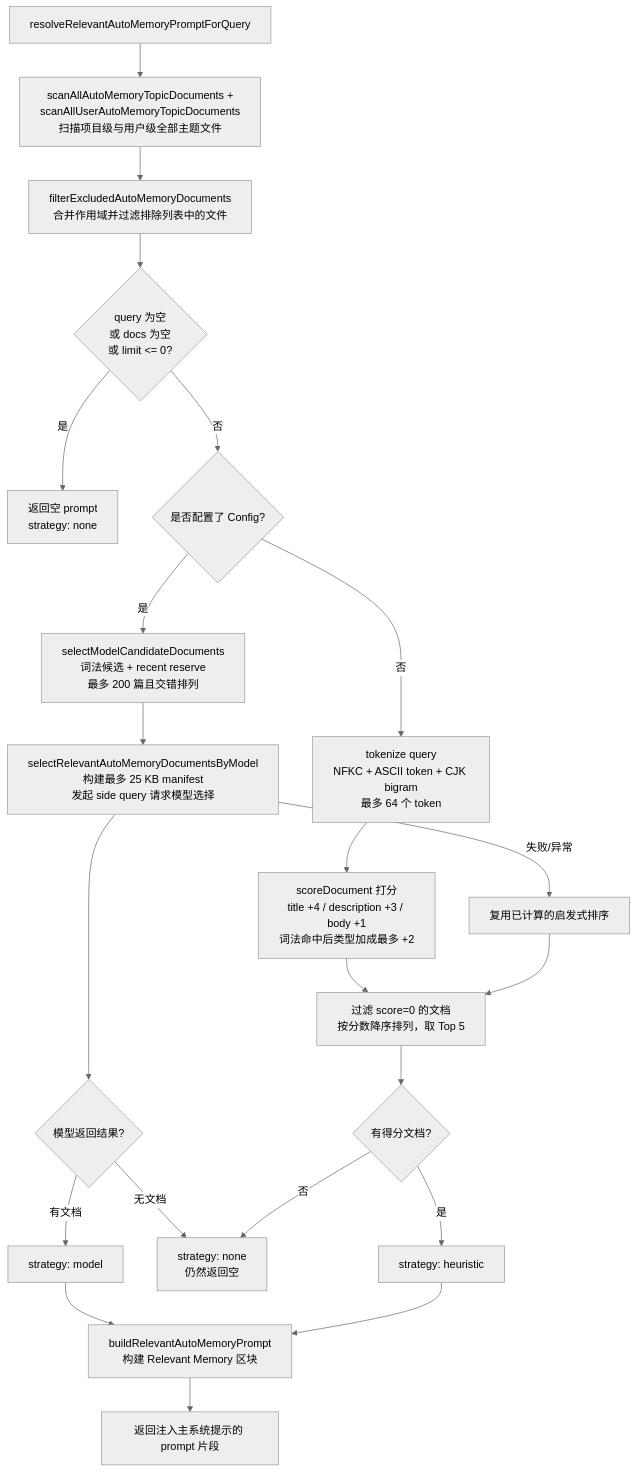
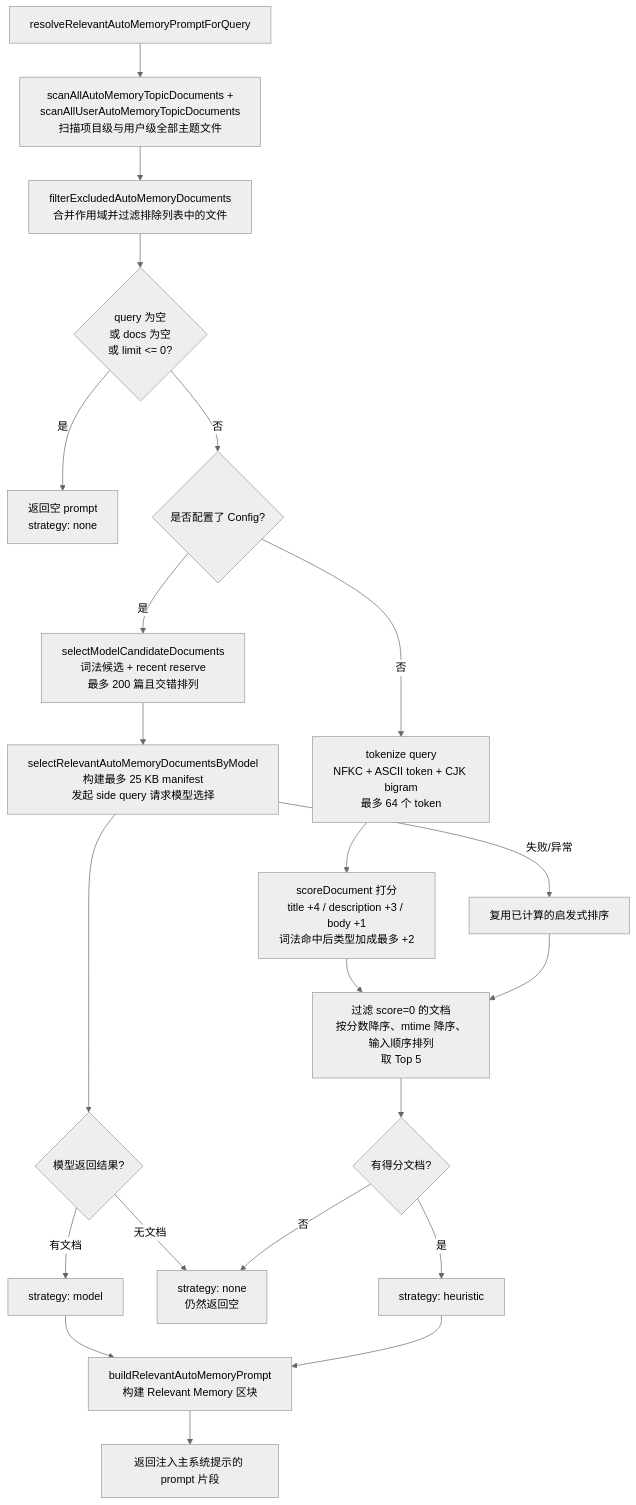
Before and after one commit to QwenLM/qwen-code: the sixth of 8 diagrams in docs/design/auto-memory/memory-system.md, drawn with Mermaid (neutral theme). The commit also changed other lines of this file and 8 other files, not shown here.

````diff
--- a/docs/design/auto-memory/memory-system.md
+++ b/docs/design/auto-memory/memory-system.md
@@ -351,24 +351,24 @@
 ```mermaid
 flowchart TD
     A[resolveRelevantAutoMemoryPromptForQuery] --> B[scanAllAutoMemoryTopicDocuments +\nscanAllUserAutoMemoryTopicDocuments\n扫描项目级与用户级全部主题文件]
     B --> C[filterExcludedAutoMemoryDocuments\n合并作用域并过滤排除列表中的文件]
     C --> D{query 为空\n或 docs 为空\n或 limit <= 0?}
     D -- 是 --> E[返回空 prompt\nstrategy: none]
     D -- 否 --> F{是否配置了 Config?}
     F -- 是 --> G[selectModelCandidateDocuments\n词法候选 + recent reserve\n最多 200 篇且交错排列]
     G --> H[selectRelevantAutoMemoryDocumentsByModel\n构建最多 25 KB manifest\n发起 side query 请求模型选择]
     H --> I{模型返回结果?}
     I -- 有文档 --> J[strategy: model]
     I -- 无文档 --> K[strategy: none\n仍然返回空]
     H -- "失败/异常" --> L[复用已计算的启发式排序]
     F -- 否 --> M[tokenize query\nNFKC + ASCII token + CJK bigram\n最多 64 个 token]
     M --> N[scoreDocument 打分\ntitle +4 / description +3 / body +1\n词法命中后类型加成最多 +2]
-    N --> O[过滤 score=0 的文档\n按分数降序排列，取 Top 5]
+    N --> O[过滤 score=0 的文档\n按分数降序、mtime 降序、输入顺序排列\n取 Top 5]
     L --> O
     O --> P{有得分文档?}
     P -- 是 --> Q[strategy: heuristic]
     P -- 否 --> K
     J --> R[buildRelevantAutoMemoryPrompt\n构建 Relevant Memory 区块]
     Q --> R
     R --> S[返回注入主系统提示的 prompt 片段]
 ```
````
